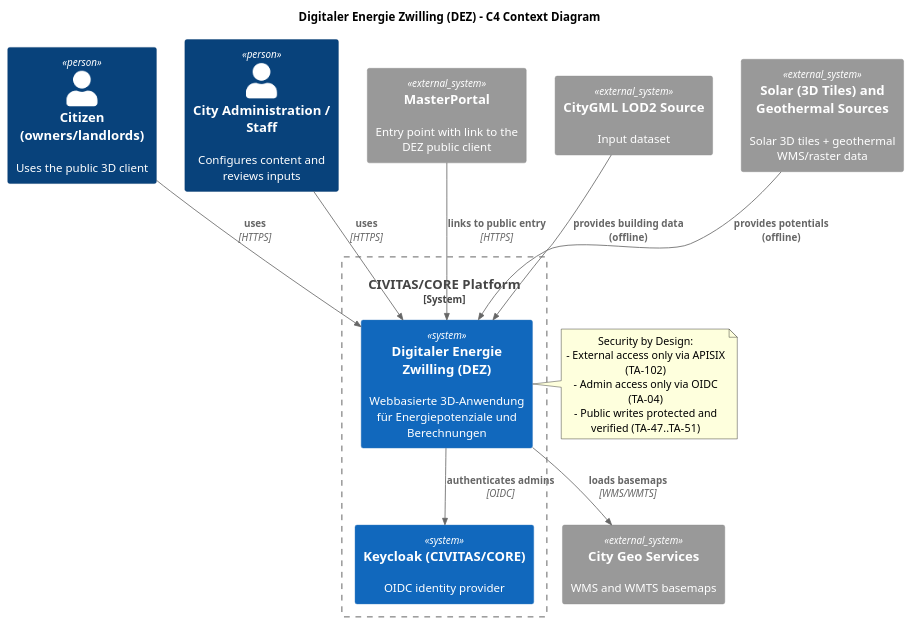
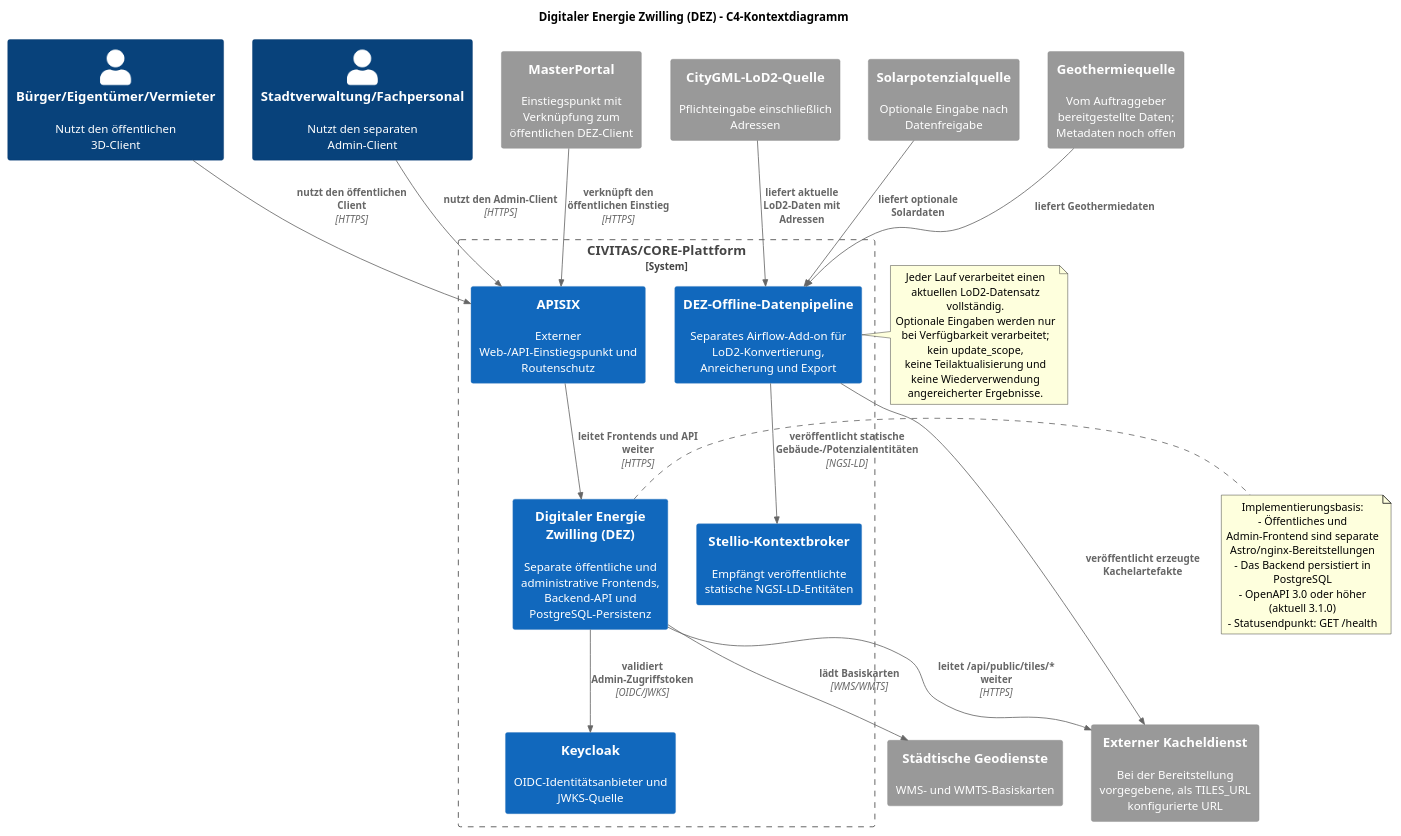
One commit to csi-FOXBYTE/Regensburg_DigitalerEnergieZwilling_Backend changed the diagram in docs/architecture/raw/c4-context.puml. Above: the diagram before and after it, drawn with PlantUML. The commit also changed 61 other files, not shown here.

Commit message:
docs: update roadmap, update internal references

```diff
--- a/docs/architecture/raw/c4-context.puml
+++ b/docs/architecture/raw/c4-context.puml
@@ -1,34 +1,53 @@
 @startuml
 !includeurl https://raw.githubusercontent.com/plantuml-stdlib/C4-PlantUML/master/C4_Context.puml
+HIDE_STEREOTYPE()
 
-title Digitaler Energie Zwilling (DEZ) - C4 Context Diagram
+title Digitaler Energie Zwilling (DEZ) - C4-Kontextdiagramm
 
-Person(citizen, "Citizen (owners/landlords)", "Uses the public 3D client")
-Person(admin, "City Administration / Staff", "Configures content and reviews inputs")
+Person(citizen, "Bürger/Eigentümer/Vermieter", "Nutzt den öffentlichen 3D-Client")
+Person(admin, "Stadtverwaltung/Fachpersonal", "Nutzt den separaten Admin-Client")
 
-System_Boundary(civitas, "CIVITAS/CORE Platform") {
-  System(det, "Digitaler Energie Zwilling (DEZ)", "Webbasierte 3D-Anwendung für Energiepotenziale und Berechnungen")
-  System(idp, "Keycloak (CIVITAS/CORE)", "OIDC identity provider")
+System_Boundary(civitas, "CIVITAS/CORE-Plattform") {
+  System(gateway, "APISIX", "Externer Web-/API-Einstiegspunkt und Routenschutz")
+  System(det, "Digitaler Energie Zwilling (DEZ)", "Separate öffentliche und administrative Frontends, Backend-API und PostgreSQL-Persistenz")
+  System(pipeline, "DEZ-Offline-Datenpipeline", "Separates Airflow-Add-on für LoD2-Konvertierung, Anreicherung und Export")
+  System(idp, "Keycloak", "OIDC-Identitätsanbieter und JWKS-Quelle")
+  System(stellio, "Stellio-Kontextbroker", "Empfängt veröffentlichte statische NGSI-LD-Entitäten")
 }
 
-System_Ext(geo, "City Geo Services", "WMS and WMTS basemaps")
-System_Ext(masterportal, "MasterPortal", "Entry point with link to the DEZ public client")
-System_Ext(citygml, "CityGML LOD2 Source", "Input dataset")
-System_Ext(potentials, "Solar (3D Tiles) and Geothermal Sources", "Solar 3D tiles + geothermal WMS/raster data")
+System_Ext(masterportal, "MasterPortal", "Einstiegspunkt mit Verknüpfung zum öffentlichen DEZ-Client")
+System_Ext(geo, "Städtische Geodienste", "WMS- und WMTS-Basiskarten")
+System_Ext(citygml, "CityGML-LoD2-Quelle", "Pflichteingabe einschließlich Adressen")
+System_Ext(solar, "Solarpotenzialquelle", "Optionale Eingabe nach Datenfreigabe")
+System_Ext(geothermal, "Geothermiequelle", "Vom Auftraggeber bereitgestellte Daten; Metadaten noch offen")
+System_Ext(tiles, "Externer Kacheldienst", "Bei der Bereitstellung vorgegebene, als TILES_URL konfigurierte URL")
 
-Rel(citizen, det, "uses", "HTTPS")
-Rel(admin, det, "uses", "HTTPS")
-Rel(masterportal, det, "links to public entry", "HTTPS")
-Rel(det, idp, "authenticates admins", "OIDC")
-Rel(det, geo, "loads basemaps", "WMS/WMTS")
-Rel(citygml, det, "provides building data (offline)")
-Rel(potentials, det, "provides potentials (offline)")
+Rel(citizen, gateway, "nutzt den öffentlichen Client", "HTTPS")
+Rel(admin, gateway, "nutzt den Admin-Client", "HTTPS")
+Rel(masterportal, gateway, "verknüpft den öffentlichen Einstieg", "HTTPS")
+Rel(gateway, det, "leitet Frontends und API weiter", "HTTPS")
+Rel(det, idp, "validiert Admin-Zugriffstoken", "OIDC/JWKS")
+Rel(det, geo, "lädt Basiskarten", "WMS/WMTS")
+Rel(det, tiles, "leitet /api/public/tiles/* weiter", "HTTPS")
+
+Rel(citygml, pipeline, "liefert aktuelle LoD2-Daten mit Adressen")
+Rel(solar, pipeline, "liefert optionale Solardaten")
+Rel(geothermal, pipeline, "liefert Geothermiedaten")
+Rel(pipeline, tiles, "veröffentlicht erzeugte Kachelartefakte")
+Rel(pipeline, stellio, "veröffentlicht statische Gebäude-/Potenzialentitäten", "NGSI-LD")
 
 note right of det
-Security by Design:
-- External access only via APISIX (TA-102)
-- Admin access only via OIDC (TA-04)
-- Public writes protected and verified (TA-47..TA-51)
+Implementierungsbasis:
+- Öffentliches und Admin-Frontend sind separate Astro/nginx-Bereitstellungen
+- Das Backend persistiert in PostgreSQL
+- OpenAPI 3.0 oder höher (aktuell 3.1.0)
+- Statusendpunkt: GET /health
+end note
+
+note right of pipeline
+Jeder Lauf verarbeitet einen aktuellen LoD2-Datensatz vollständig.
+Optionale Eingaben werden nur bei Verfügbarkeit verarbeitet; kein update_scope,
+keine Teilaktualisierung und keine Wiederverwendung angereicherter Ergebnisse.
 end note
 
 @enduml
```
